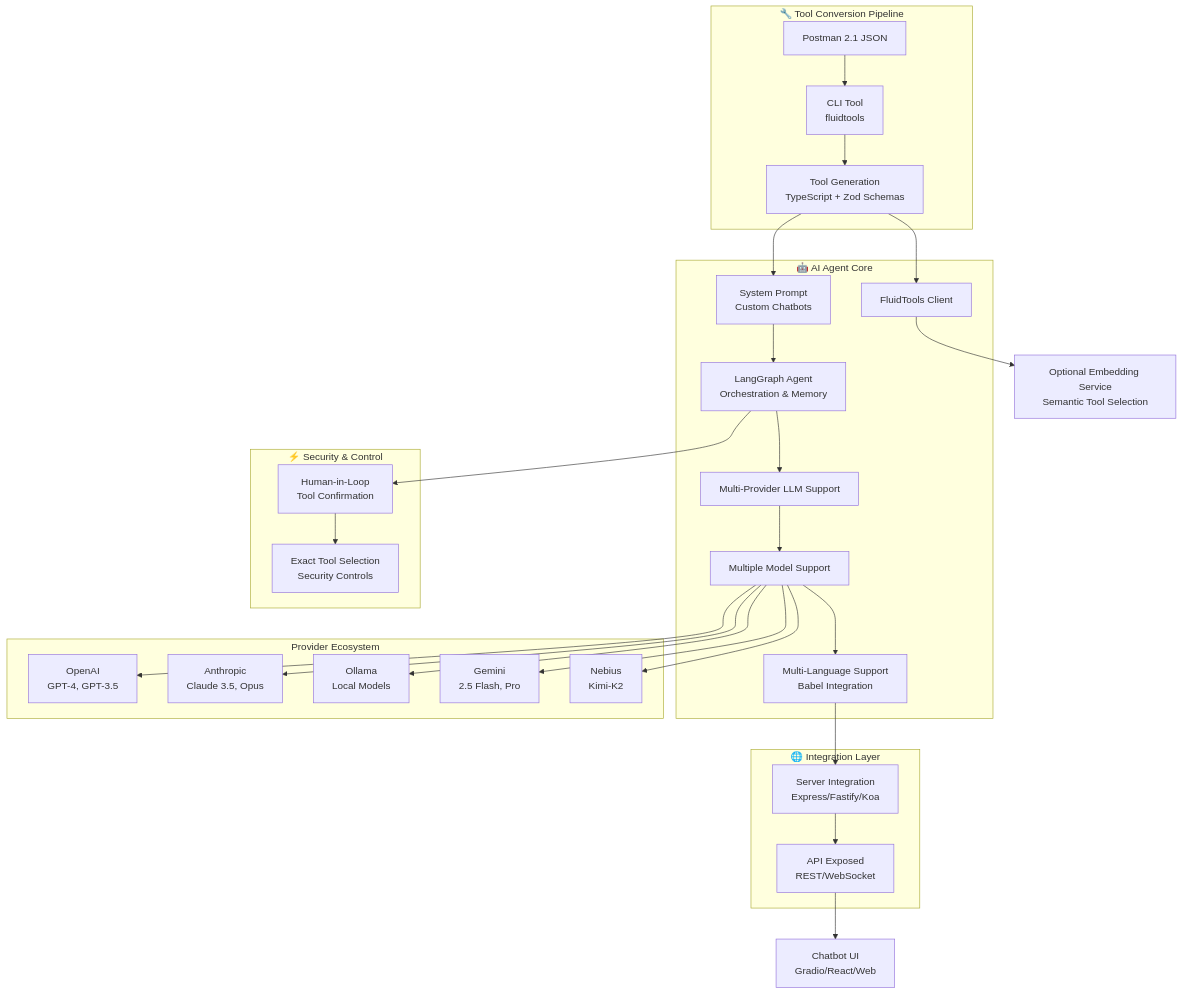
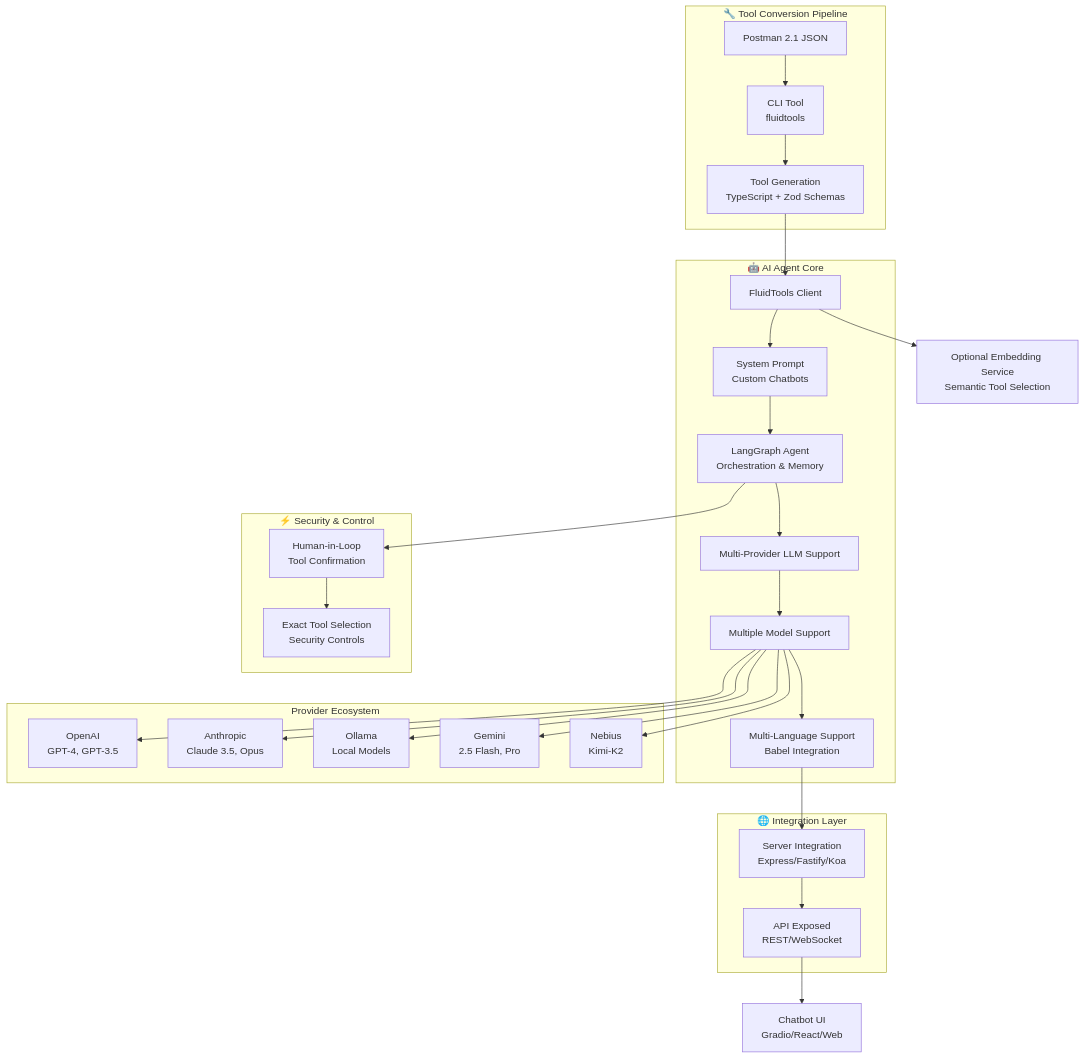
Before and after one commit to KartikJoshiUK/fluidtools: the diagram in Readme.md, drawn with Mermaid.

Commit message:
Readme system design update

````diff
--- a/Readme.md
+++ b/Readme.md
@@ -108,63 +108,63 @@
 ```mermaid
 graph TD
     A[Postman 2.1 JSON] --> B[CLI Tool<br/>fluidtools]
     B --> C[Tool Generation<br/>TypeScript + Zod Schemas]
+    C --> D[FluidTools Client]
 
-    C --> D[FluidTools Client]
     D --> E[Optional Embedding Service<br/>Semantic Tool Selection]
 
-    C --> F[System Prompt<br/>Custom Chatbots]
+    D --> F[System Prompt<br/>Custom Chatbots]
     F --> G[LangGraph Agent<br/>Orchestration & Memory]
 
     G --> H[Multi-Provider LLM Support]
     H --> I[Multiple Model Support]
     I --> J[Multi-Language Support<br/>Babel Integration]
 
     J --> K[Server Integration<br/>Express/Fastify/Koa]
     K --> L[API Exposed<br/>REST/WebSocket]
 
     subgraph "🔧 Tool Conversion Pipeline"
         A
         B
         C
     end
 
     subgraph "🤖 AI Agent Core"
         D
         F
         G
         H
         I
         J
     end
 
     subgraph "🌐 Integration Layer"
         K
         L
     end
 
     subgraph "⚡ Security & Control"
         M[Human-in-Loop<br/>Tool Confirmation]
         N[Exact Tool Selection<br/>Security Controls]
     end
 
     G --> M
     M --> N
 
     subgraph "Provider Ecosystem"
         O[OpenAI<br/>GPT-4, GPT-3.5]
         P[Anthropic<br/>Claude 3.5, Opus]
         Q[Ollama<br/>Local Models]
         R[Gemini<br/>2.5 Flash, Pro]
         S[Nebius<br/>Kimi-K2]
     end
 
     I --> O
     I --> P
     I --> Q
     I --> R
     I --> S
 
     L --> T[Chatbot UI<br/>Gradio/React/Web]
 
 ```
````
